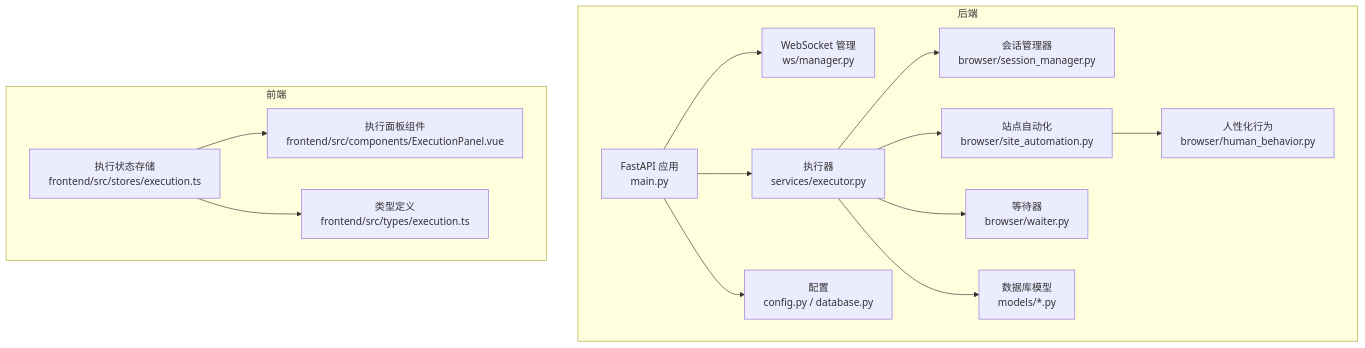
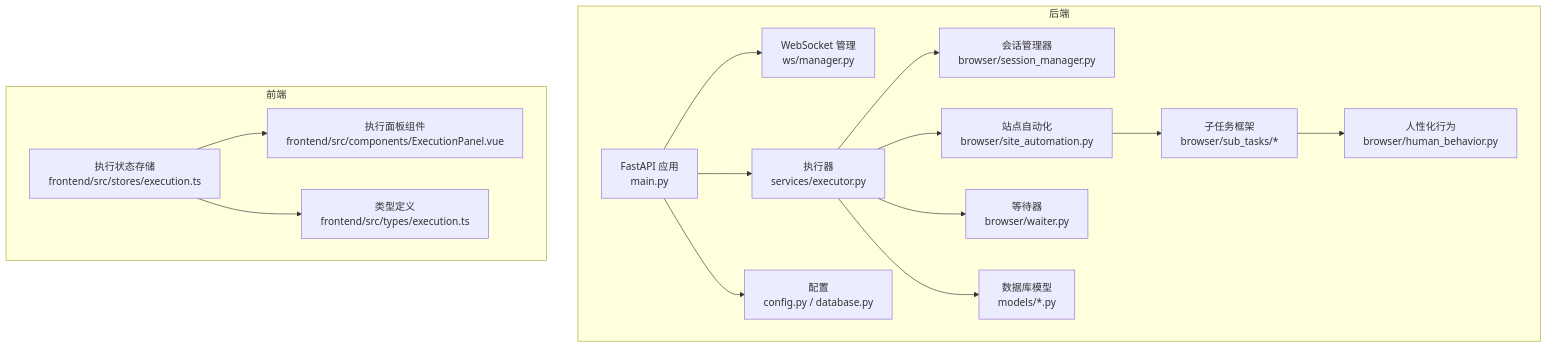
One commit to onebody/ccclubs_AI_RPA changed the first of 11 diagrams in .qoder/repowiki/zh/content/浏览器自动化/浏览器自动化.md. Above: the diagram before and after it, drawn with Mermaid. The commit also changed other lines of this file and 8 other files, not shown here.

````diff
--- a/.qoder/repowiki/zh/content/浏览器自动化/浏览器自动化.md
+++ b/.qoder/repowiki/zh/content/浏览器自动化/浏览器自动化.md
@@ -40,29 +46,31 @@
 ```mermaid
 graph TB
 subgraph "后端"
 API["FastAPI 应用<br/>main.py"]
 WS["WebSocket 管理<br/>ws/manager.py"]
 EXEC["执行器<br/>services/executor.py"]
 SM["会话管理器<br/>browser/session_manager.py"]
 SA["站点自动化<br/>browser/site_automation.py"]
 HB["人性化行为<br/>browser/human_behavior.py"]
 WT["等待器<br/>browser/waiter.py"]
+SUBTASKS["子任务框架<br/>browser/sub_tasks/*"]
 DB["数据库模型<br/>models/*.py"]
 CFG["配置<br/>config.py / database.py"]
 end
 subgraph "前端"
 FE_STORE["执行状态存储<br/>frontend/src/stores/execution.ts"]
 FE_PANEL["执行面板组件<br/>frontend/src/components/ExecutionPanel.vue"]
 FE_TYPES["类型定义<br/>frontend/src/types/execution.ts"]
 end
 API --> WS
 API --> EXEC
 EXEC --> SM
 EXEC --> SA
 EXEC --> WT
-SA --> HB
+SA --> SUBTASKS
+SUBTASKS --> HB
 EXEC --> DB
 API --> CFG
 FE_STORE --> FE_PANEL
 FE_STORE --> FE_TYPES
 ```
````
